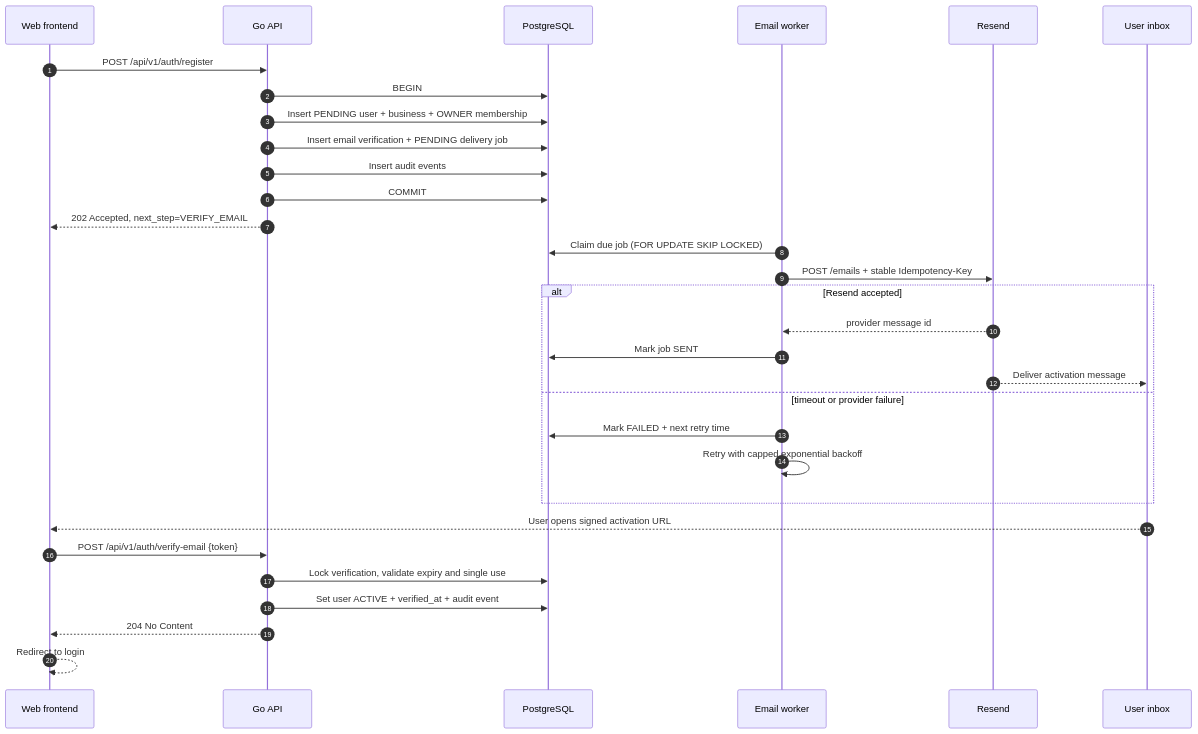
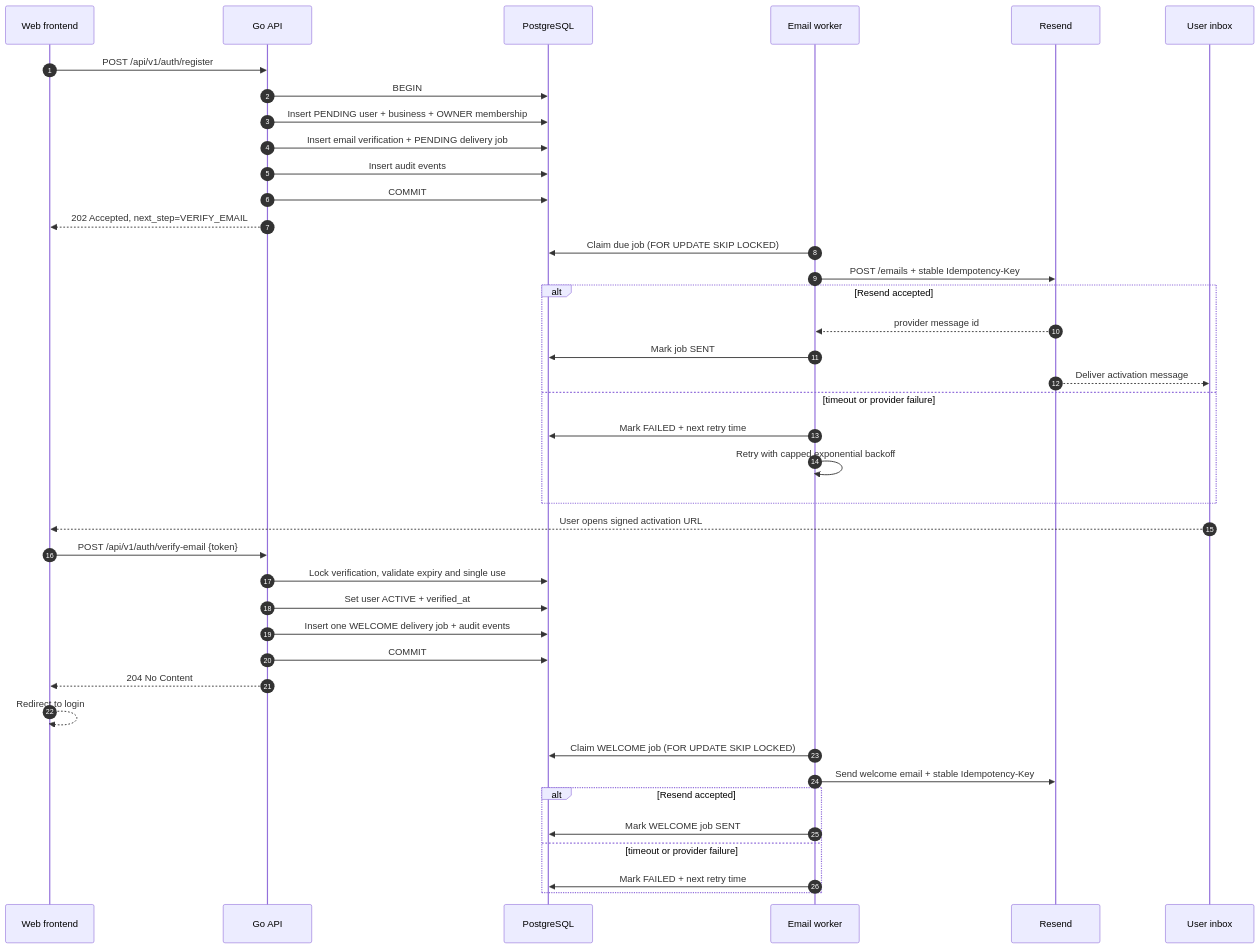
Before and after one commit to harzeezco/zeexco_commerce: the diagram in docs/architecture/architecture.md, drawn with Mermaid. The commit also changed other lines of this file and 22 other files, not shown here.

Commit message:
feat(auth): add purpose-specific email delivery

````diff
--- a/docs/architecture/architecture.md
+++ b/docs/architecture/architecture.md
@@ -1771,36 +1771,46 @@
 ```mermaid
 sequenceDiagram
     autonumber
     participant UI as Web frontend
     participant API as Go API
     participant DB as PostgreSQL
     participant Worker as Email worker
     participant Resend as Resend
     participant Inbox as User inbox
 
     UI->>API: POST /api/v1/auth/register
     API->>DB: BEGIN
     API->>DB: Insert PENDING user + business + OWNER membership
     API->>DB: Insert email verification + PENDING delivery job
     API->>DB: Insert audit events
     API->>DB: COMMIT
     API-->>UI: 202 Accepted, next_step=VERIFY_EMAIL
 
     Worker->>DB: Claim due job (FOR UPDATE SKIP LOCKED)
     Worker->>Resend: POST /emails + stable Idempotency-Key
     alt Resend accepted
         Resend-->>Worker: provider message id
         Worker->>DB: Mark job SENT
         Resend-->>Inbox: Deliver activation message
     else timeout or provider failure
         Worker->>DB: Mark FAILED + next retry time
         Worker->>Worker: Retry with capped exponential backoff
     end
 
     Inbox-->>UI: User opens signed activation URL
     UI->>API: POST /api/v1/auth/verify-email {token}
     API->>DB: Lock verification, validate expiry and single use
-    API->>DB: Set user ACTIVE + verified_at + audit event
+    API->>DB: Set user ACTIVE + verified_at
+    API->>DB: Insert one WELCOME delivery job + audit events
+    API->>DB: COMMIT
     API-->>UI: 204 No Content
     UI-->>UI: Redirect to login
+
+    Worker->>DB: Claim WELCOME job (FOR UPDATE SKIP LOCKED)
+    Worker->>Resend: Send welcome email + stable Idempotency-Key
+    alt Resend accepted
+        Worker->>DB: Mark WELCOME job SENT
+    else timeout or provider failure
+        Worker->>DB: Mark FAILED + next retry time
+    end
 ```
````
